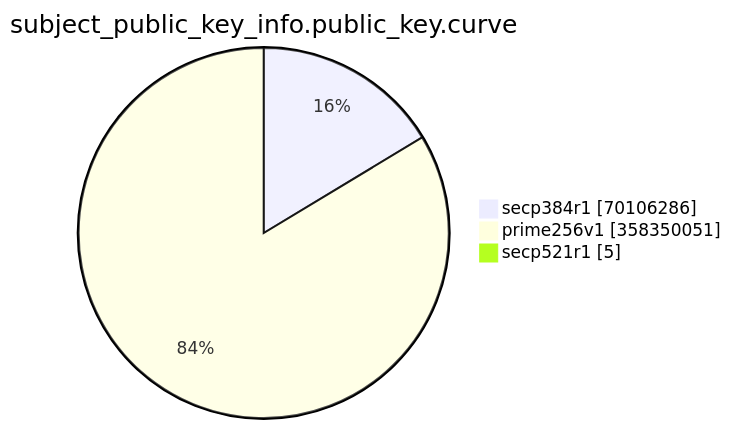
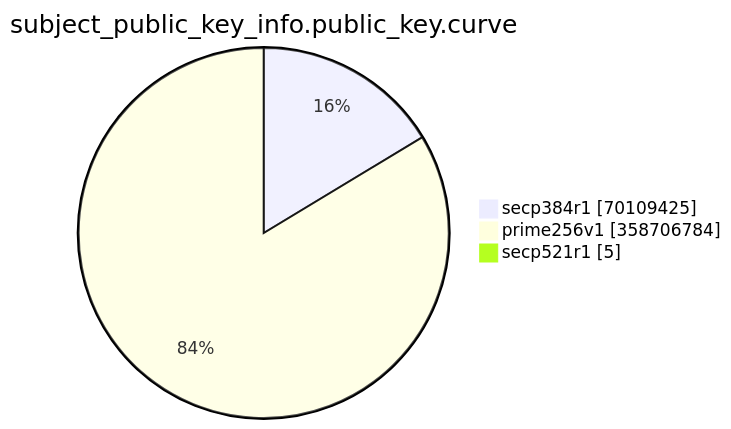
One commit to christiankrug/ctmonitor_visualization changed the eighth of 15 diagrams in TOTAL/README.md. Above: the diagram before and after it, drawn with Mermaid. The commit also changed other lines of this file, not shown here.

````diff
--- a/TOTAL/README.md
+++ b/TOTAL/README.md
@@ -3082,7 +3082,7 @@
 ```mermaid
 pie showData
 title subject_public_key_info.public_key.curve
-"secp384r1" :70106286
-"prime256v1" :358350051
+"secp384r1" :70109425
+"prime256v1" :358706784
 "secp521r1" :5
 ```
````
